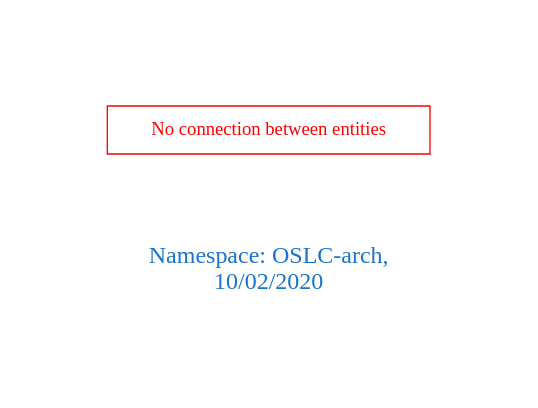
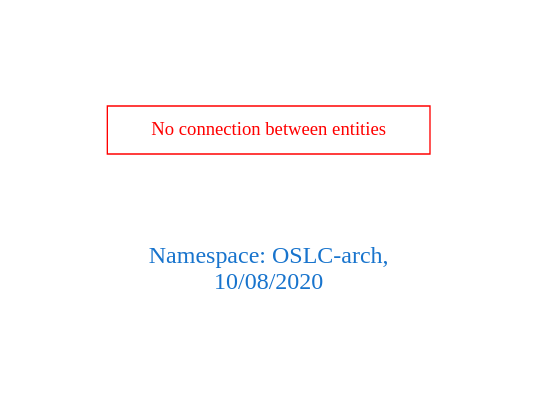
One commit to arago/OGIT changed the diagram in downloads/OSLC-arch.dot. Above: the diagram before and after it, drawn with Graphviz. The commit also changed 1818 other files, not shown here.

```diff
--- a/downloads/OSLC-arch.dot
+++ b/downloads/OSLC-arch.dot
@@ -1,9 +1,9 @@
 digraph OGIT_ontology {
  graph [ rankdir= LR,pad=1 
 fontsize = 18,
-fontcolor= dodgerblue3,label = "\n\n\nNamespace: OSLC-arch, \n 10/02/2020"];
+fontcolor= dodgerblue3,label = "\n\n\nNamespace: OSLC-arch, \n 10/08/2020"];
 node[shape=polygon];
 edge [  color="gray81"];
 
 "No connection between entities" [fontcolor = "red",color="red", shape="polygon"]
 }
```
